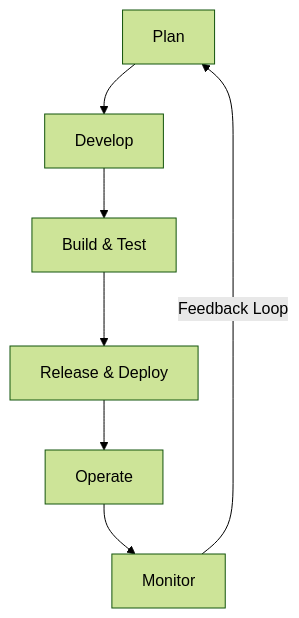
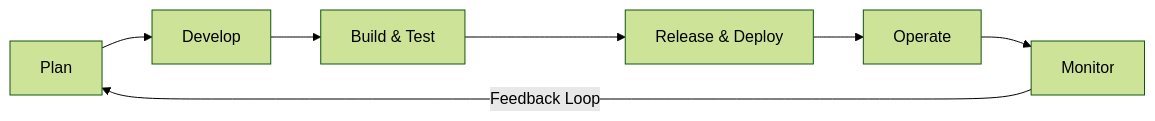
The diagram in content/_notes/100_pmp_terms/devops.md (BhaskerGarudadri/jeff-mos-def.github.io), drawn with Mermaid (forest theme) before and after one commit. The commit also changed 1 other file, not shown here.

Commit message:
corrected mermaid diagrams

````diff
--- a/content/_notes/100_pmp_terms/devops.md
+++ b/content/_notes/100_pmp_terms/devops.md
@@ -31,9 +31,9 @@
 ```mermaid
-graph TD;
+graph LR;
     A["Plan"] --> B["Develop"]
     B --> C["Build & Test"]
     C --> D["Release & Deploy"]
     D --> E["Operate"]
     E --> F["Monitor"]
     F -->|Feedback Loop| A
 ```
````
